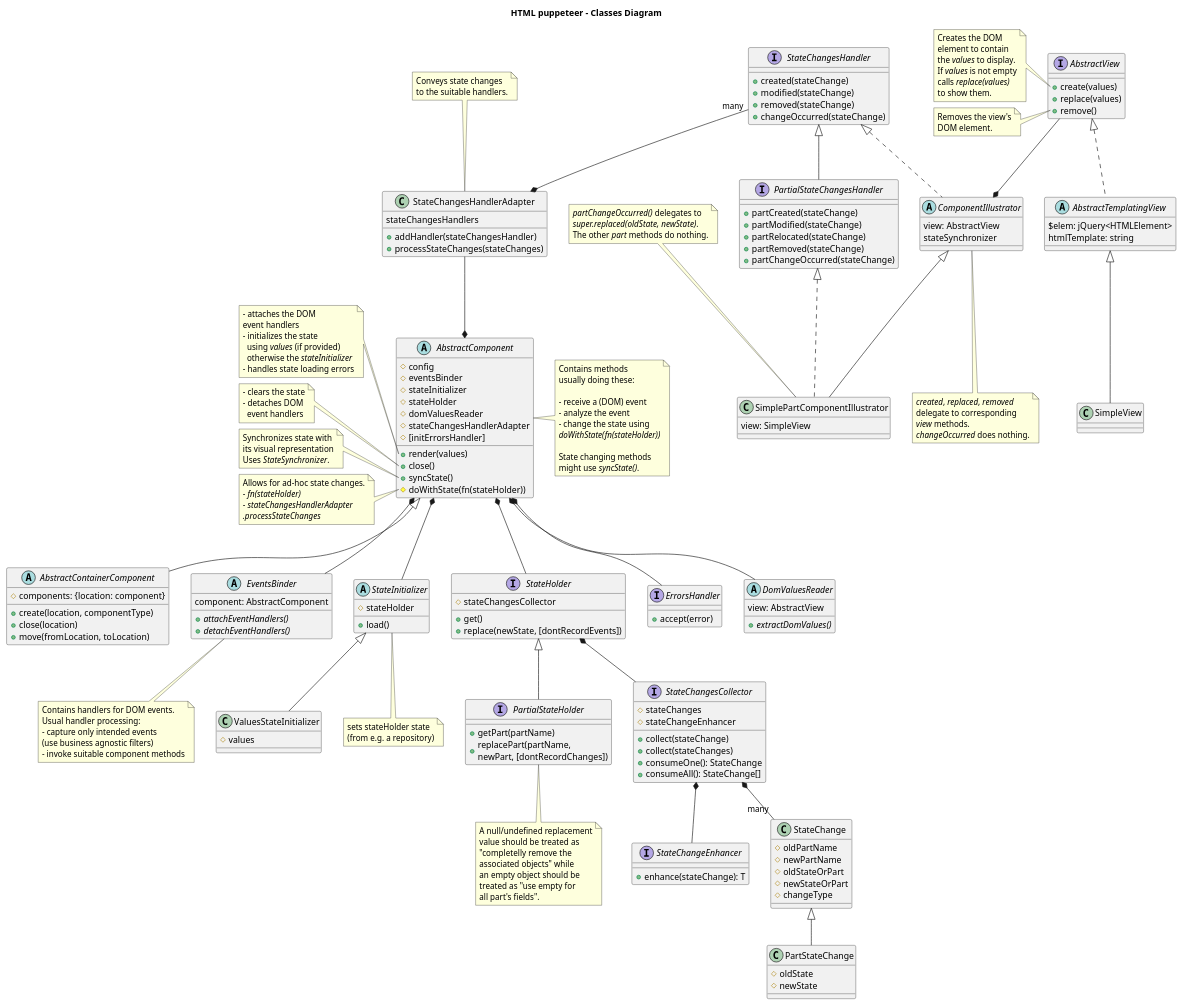
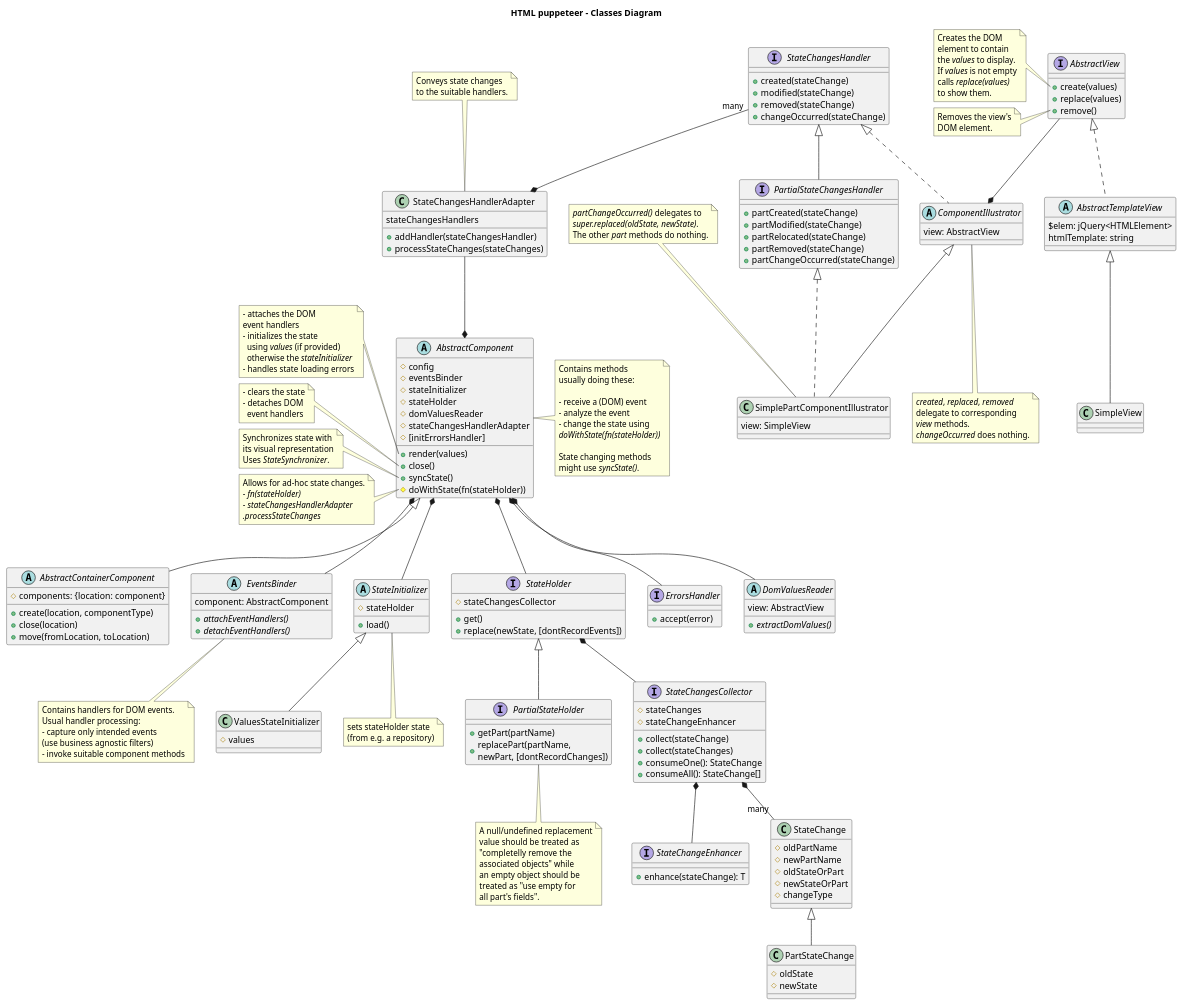
One commit to adrhc/html-puppeteer changed the diagram in design/classes-diagram.puml. Above: the diagram before and after it, drawn with PlantUML. The commit also changed 4 other files, not shown here.

Commit message:
AbstractTemplatingViewOptions -> AbstractTemplateView.js

```diff
--- a/design/classes-diagram.puml
+++ b/design/classes-diagram.puml
@@ -201,12 +201,12 @@
 DOM element.
 end note
 
-abstract AbstractTemplatingView implements AbstractView {
+abstract AbstractTemplateView implements AbstractView {
 $elem: jQuery<HTMLElement>
 htmlTemplate: string
 }
 
-class SimpleView extends AbstractTemplatingView
+class SimpleView extends AbstractTemplateView
 
 class StateChangesHandlerAdapter {
 stateChangesHandlers
@@ -251,7 +251,6 @@
 
 abstract ComponentIllustrator implements StateChangesHandler {
 view: AbstractView
-stateSynchronizer
 }
 
 note bottom of ComponentIllustrator
```
